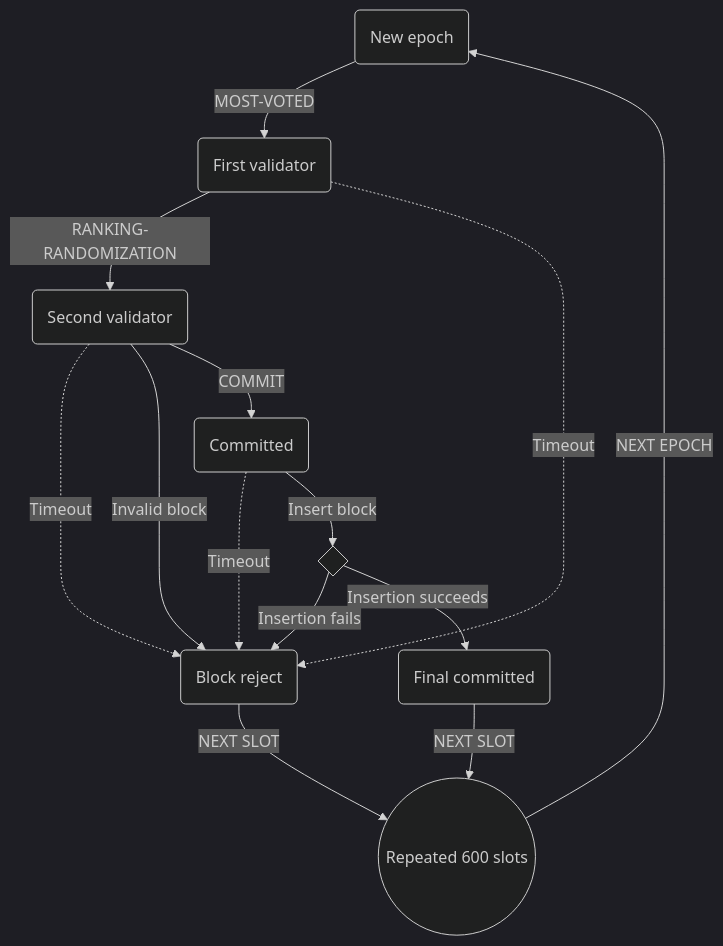
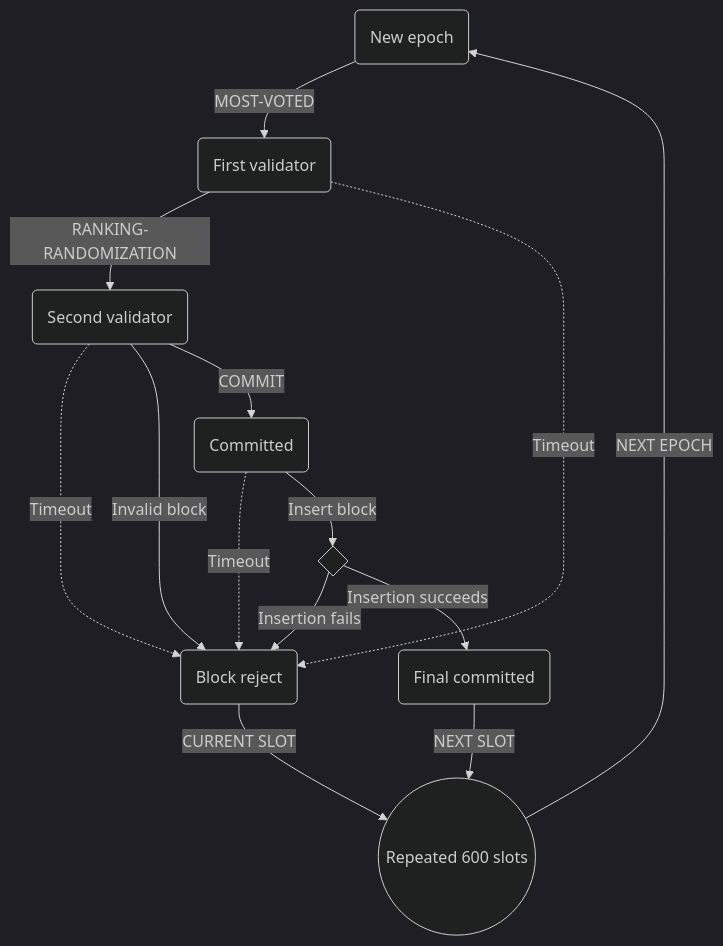
The first of 2 diagrams in consensus.md (novaprotocolio/documentation), drawn with Mermaid (dark theme) before and after one commit.

````diff
--- a/consensus.md
+++ b/consensus.md
@@ -3,18 +3,18 @@
 ```mermaid
 graph TB
     A(New epoch) -->|MOST-VOTED| B(First validator)
     B --> |RANKING-RANDOMIZATION| C(Second validator)
     B -.-> |Timeout| C1(Block reject)
     C -.-> |Timeout| C1
     C --> |Invalid block| C1
     C --> |COMMIT| D(Committed)
     D -.-> |Timeout| C1
     D --> |Insert block| I{ }
     I --> |Insertion fails| C1
     I --> |Insertion succeeds| E(Final committed)
     E --> |NEXT SLOT| R((Repeated 600 slots))
-    C1 --> |NEXT SLOT| R
+    C1 --> |CURRENT SLOT| R
     R --> |NEXT EPOCH| A
 
     class A,E roundedClass
 ```
````
